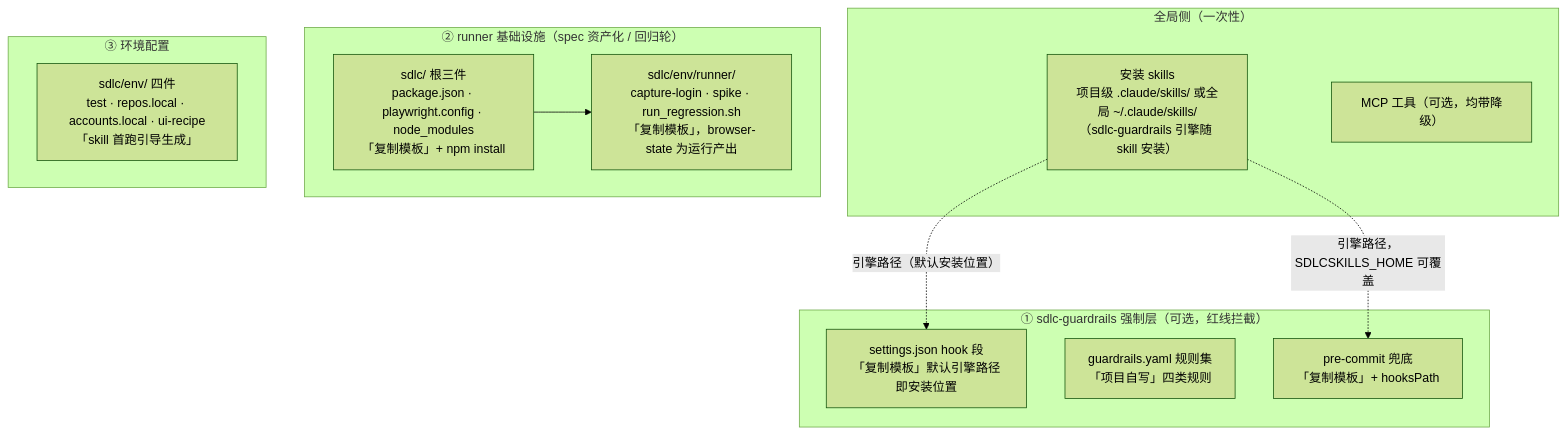
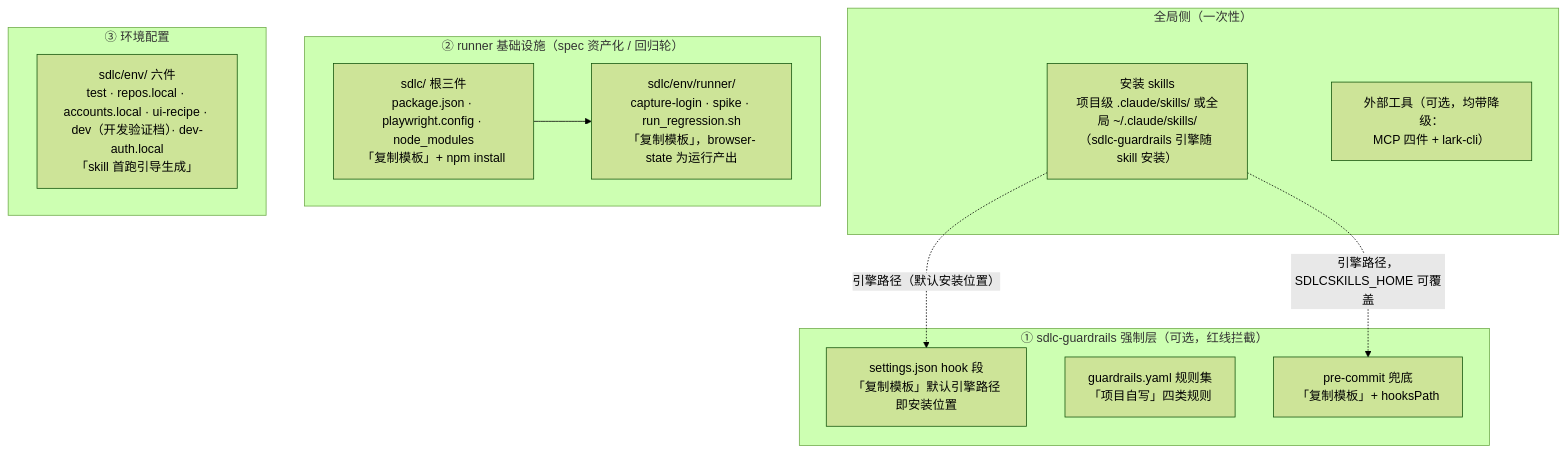
One commit to TsCarpe/claude-sdlc-skills changed the diagram in docs/project-setup.md. Above: the diagram before and after it, drawn with Mermaid (forest theme). The commit also changed other lines of this file and 65 other files, not shown here.

First line of the commit message:
feat: v0.12.0 开发双关卡 + v0.13.0 sdlc-design（第 8 个 skill）+ 两轮 CR 修复

````diff
--- a/docs/project-setup.md
+++ b/docs/project-setup.md
@@ -17,26 +17,26 @@
 ```mermaid
 flowchart TB
     subgraph G["全局侧（一次性）"]
         G1["安装 skills<br/>项目级 .claude/skills/ 或全局 ~/.claude/skills/<br/>（sdlc-guardrails 引擎随 skill 安装）"]
-        G3["MCP 工具（可选，均带降级）"]
+        G3["外部工具（可选，均带降级：<br/>MCP 四件 + lark-cli）"]
     end
 
     subgraph H["① sdlc-guardrails 强制层（可选，红线拦截）"]
         H1["settings.json hook 段<br/>「复制模板」默认引擎路径即安装位置"]
         H2["guardrails.yaml 规则集<br/>「项目自写」四类规则"]
         H3["pre-commit 兜底<br/>「复制模板」+ hooksPath"]
     end
 
     subgraph R["② runner 基础设施（spec 资产化 / 回归轮）"]
         R1["sdlc/ 根三件<br/>package.json · playwright.config · node_modules<br/>「复制模板」+ npm install"]
         R2["sdlc/env/runner/<br/>capture-login · spike · run_regression.sh<br/>「复制模板」，browser-state 为运行产出"]
         R1 --> R2
     end
 
     subgraph E["③ 环境配置"]
-        E1["sdlc/env/ 四件<br/>test · repos.local · accounts.local · ui-recipe<br/>「skill 首跑引导生成」"]
+        E1["sdlc/env/ 六件<br/>test · repos.local · accounts.local · ui-recipe · dev（开发验证档）· dev-auth.local<br/>「skill 首跑引导生成」"]
     end
 
     G1 -. 引擎路径（默认安装位置）.-> H1
     G1 -. 引擎路径，SDLCSKILLS_HOME 可覆盖 .-> H3
 ```
````
